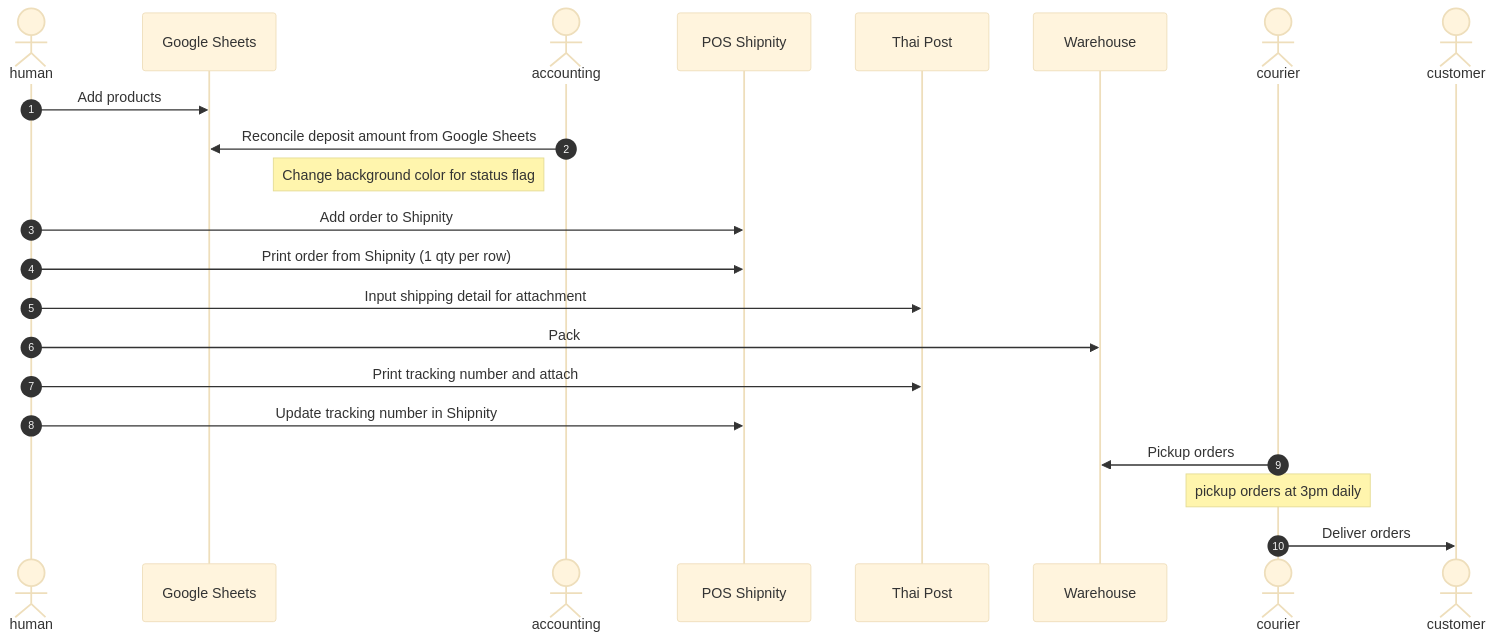
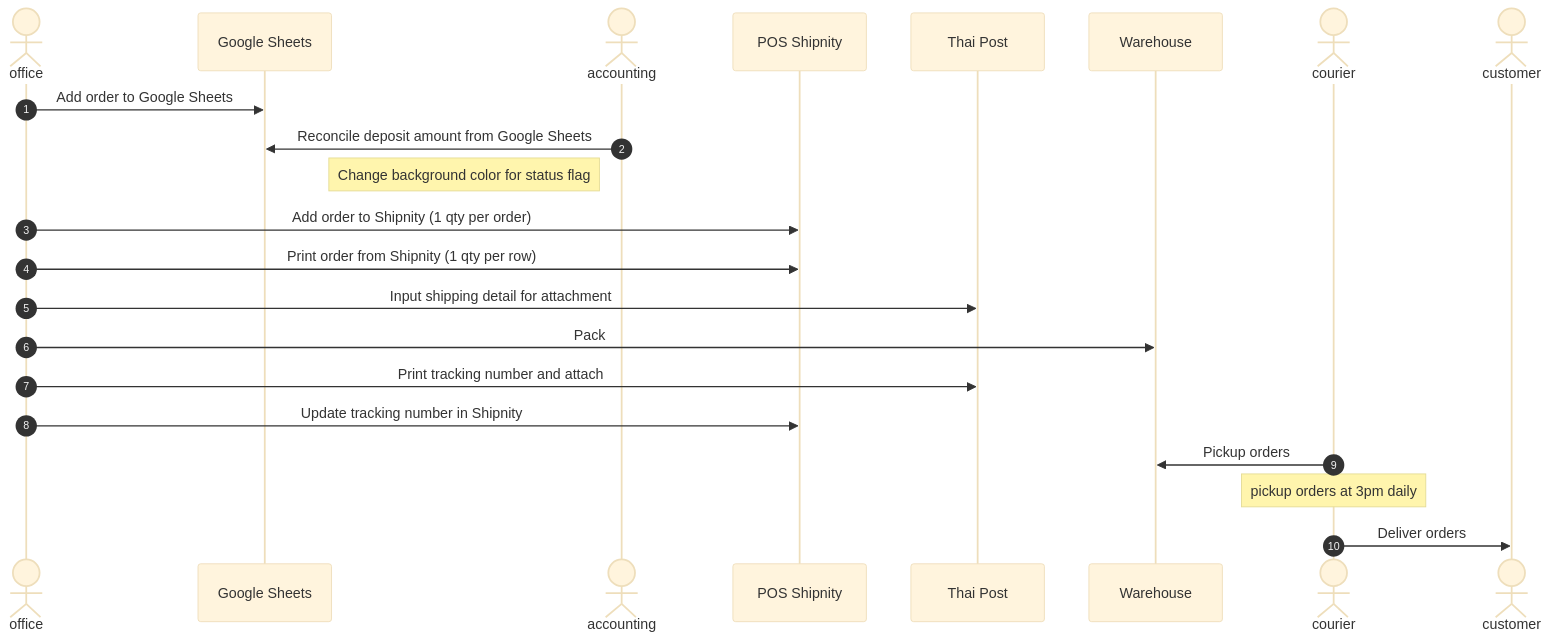
One commit to turboza/urthe-documentation changed the second of 3 diagrams in online-flow.md. Above: the diagram before and after it, drawn with Mermaid (base theme). The commit also changed other lines of this file and 1 other file, not shown here.

Commit message:
Update online and offline flow

````diff
--- a/online-flow.md
+++ b/online-flow.md
@@ -9,26 +22,26 @@
 ```mermaid
 sequenceDiagram
-    actor human
+    actor office
     participant Google Sheets
     actor accounting
     participant POS Shipnity
     participant Thai Post
     participant Warehouse
     actor courier
     actor customer
 
     autonumber
 
-    human->>Google Sheets: Add products
+    office->>Google Sheets: Add order to Google Sheets
     accounting->>Google Sheets: Reconcile deposit amount from Google Sheets
     Note left of accounting: Change background color for status flag
-    human->>POS Shipnity: Add order to Shipnity
-    human->>POS Shipnity: Print order from Shipnity (1 qty per row)
-    human->>Thai Post: Input shipping detail for attachment
-    human->>Warehouse: Pack
-    human->>Thai Post: Print tracking number and attach
-    human->>POS Shipnity: Update tracking number in Shipnity
+    office->>POS Shipnity: Add order to Shipnity (1 qty per order)
+    office->>POS Shipnity: Print order from Shipnity (1 qty per row)
+    office->>Thai Post: Input shipping detail for attachment
+    office->>Warehouse: Pack
+    office->>Thai Post: Print tracking number and attach
+    office->>POS Shipnity: Update tracking number in Shipnity
     courier->>Warehouse: Pickup orders
     Note over courier: pickup orders at 3pm daily
     courier->>customer: Deliver orders
 ```
````
